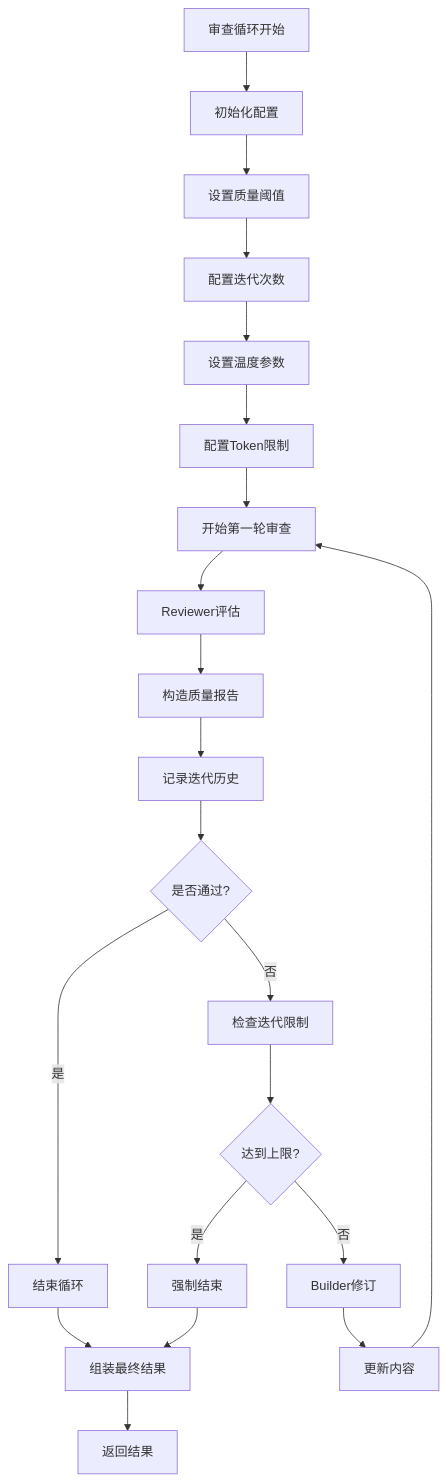
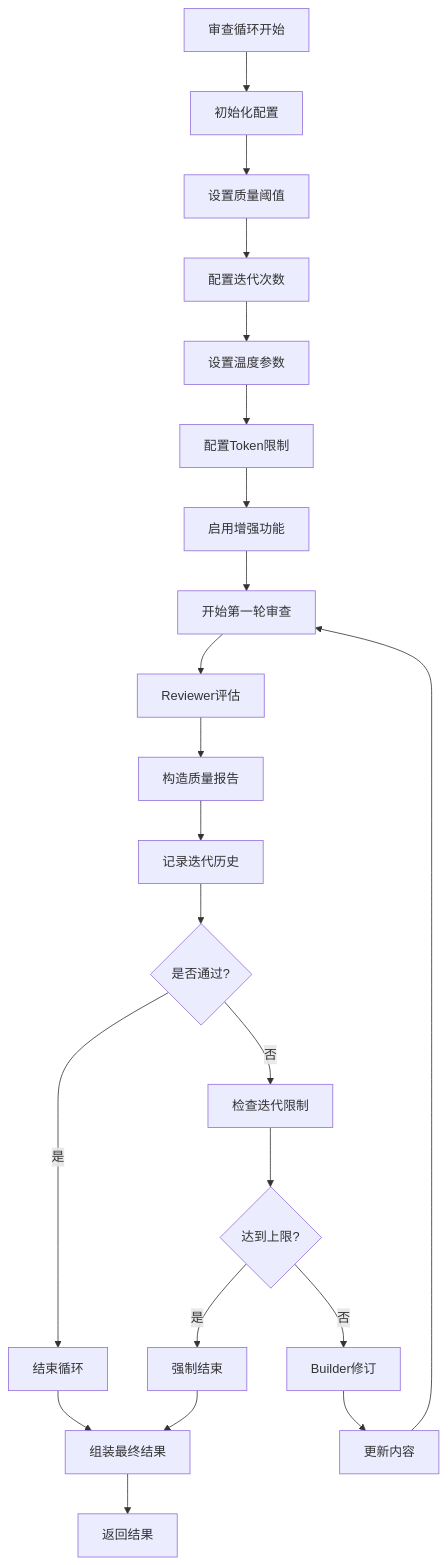
One commit to xfbyxq/ai-novel-system changed the sixth of 12 diagrams in .qoder/repowiki/zh/content/AI智能体系统/AI智能体系统.md. Above: the diagram before and after it, drawn with Mermaid. The commit also changed other lines of this file and 84 other files, not shown here.

````diff
--- a/.qoder/repowiki/zh/content/AI智能体系统/AI智能体系统.md
+++ b/.qoder/repowiki/zh/content/AI智能体系统/AI智能体系统.md
@@ -385,23 +442,24 @@
 ```mermaid
 flowchart TD
 A[审查循环开始] --> B[初始化配置]
 B --> C[设置质量阈值]
 C --> D[配置迭代次数]
 D --> E[设置温度参数]
 E --> F[配置Token限制]
-F --> G[开始第一轮审查]
-G --> H[Reviewer评估]
-H --> I[构造质量报告]
-I --> J[记录迭代历史]
-J --> K{是否通过?}
-K --> |是| L[结束循环]
-K --> |否| M[检查迭代限制]
-M --> N{达到上限?}
-N --> |是| O[强制结束]
-N --> |否| P[Builder修订]
-P --> Q[更新内容]
-Q --> G
-L --> R[组装最终结果]
-O --> R
-R --> S[返回结果]
+F --> G[启用增强功能]
+G --> H[开始第一轮审查]
+H --> I[Reviewer评估]
+I --> J[构造质量报告]
+J --> K[记录迭代历史]
+K --> L{是否通过?}
+L --> |是| M[结束循环]
+L --> |否| N[检查迭代限制]
+N --> O{达到上限?}
+O --> |是| P[强制结束]
+O --> |否| Q[Builder修订]
+Q --> R[更新内容]
+R --> H
+M --> S[组装最终结果]
+P --> S
+S --> T[返回结果]
 ```
````
